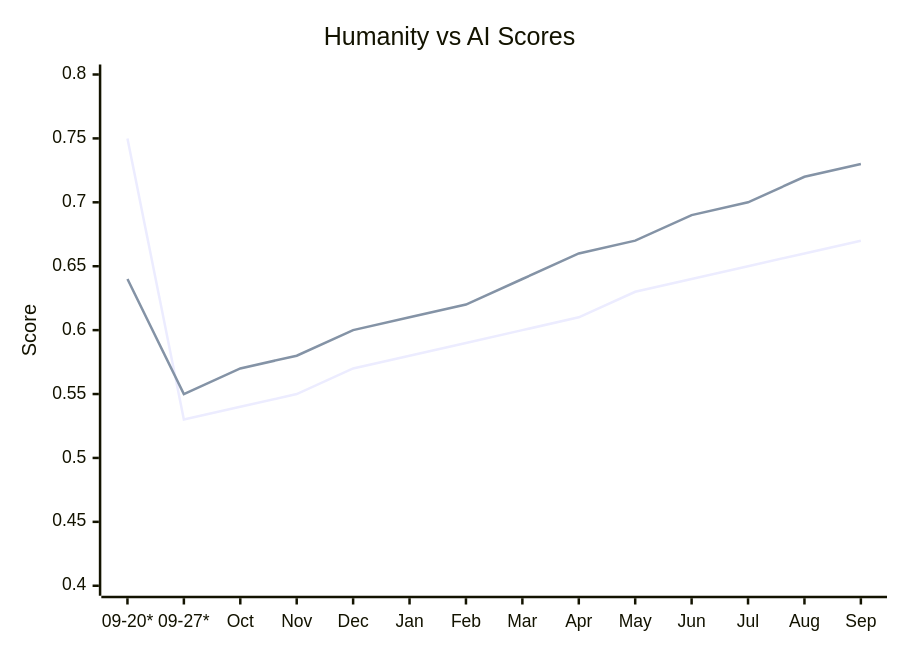
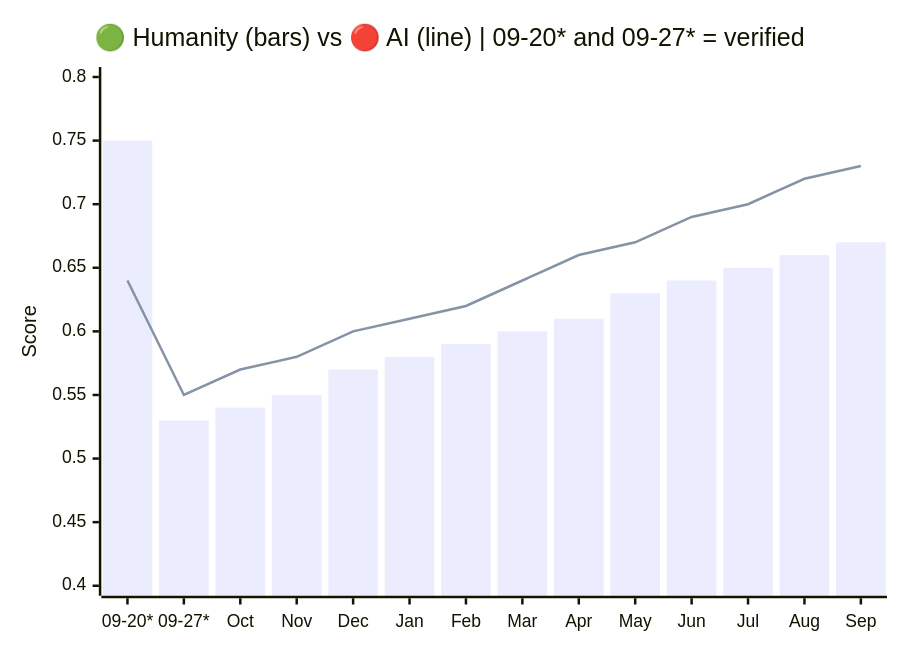
Before and after one commit to VQQLK/Human-AI-Monitor: the first of 2 diagrams in README.md, drawn with Mermaid. The commit also changed other lines of this file and 2 other files, not shown here.

First line of the commit message:
feat(docs): use bars + line combo chart for instant identification

````diff
--- a/README.md
+++ b/README.md
@@ -30,8 +35,8 @@
 ```mermaid
 xychart-beta
-    title "Humanity vs AI Scores"
+    title "🟢 Humanity (bars) vs 🔴 AI (line) | 09-20* and 09-27* = verified"
     x-axis ["09-20*", "09-27*", "Oct", "Nov", "Dec", "Jan", "Feb", "Mar", "Apr", "May", "Jun", "Jul", "Aug", "Sep"]
     y-axis "Score" 0.40 --> 0.80
-    line [0.75, 0.53, 0.54, 0.55, 0.57, 0.58, 0.59, 0.6, 0.61, 0.63, 0.64, 0.65, 0.66, 0.67]
+    bar [0.75, 0.53, 0.54, 0.55, 0.57, 0.58, 0.59, 0.6, 0.61, 0.63, 0.64, 0.65, 0.66, 0.67]
     line [0.64, 0.55, 0.57, 0.58, 0.6, 0.61, 0.62, 0.64, 0.66, 0.67, 0.69, 0.7, 0.72, 0.73]
 ```
````
